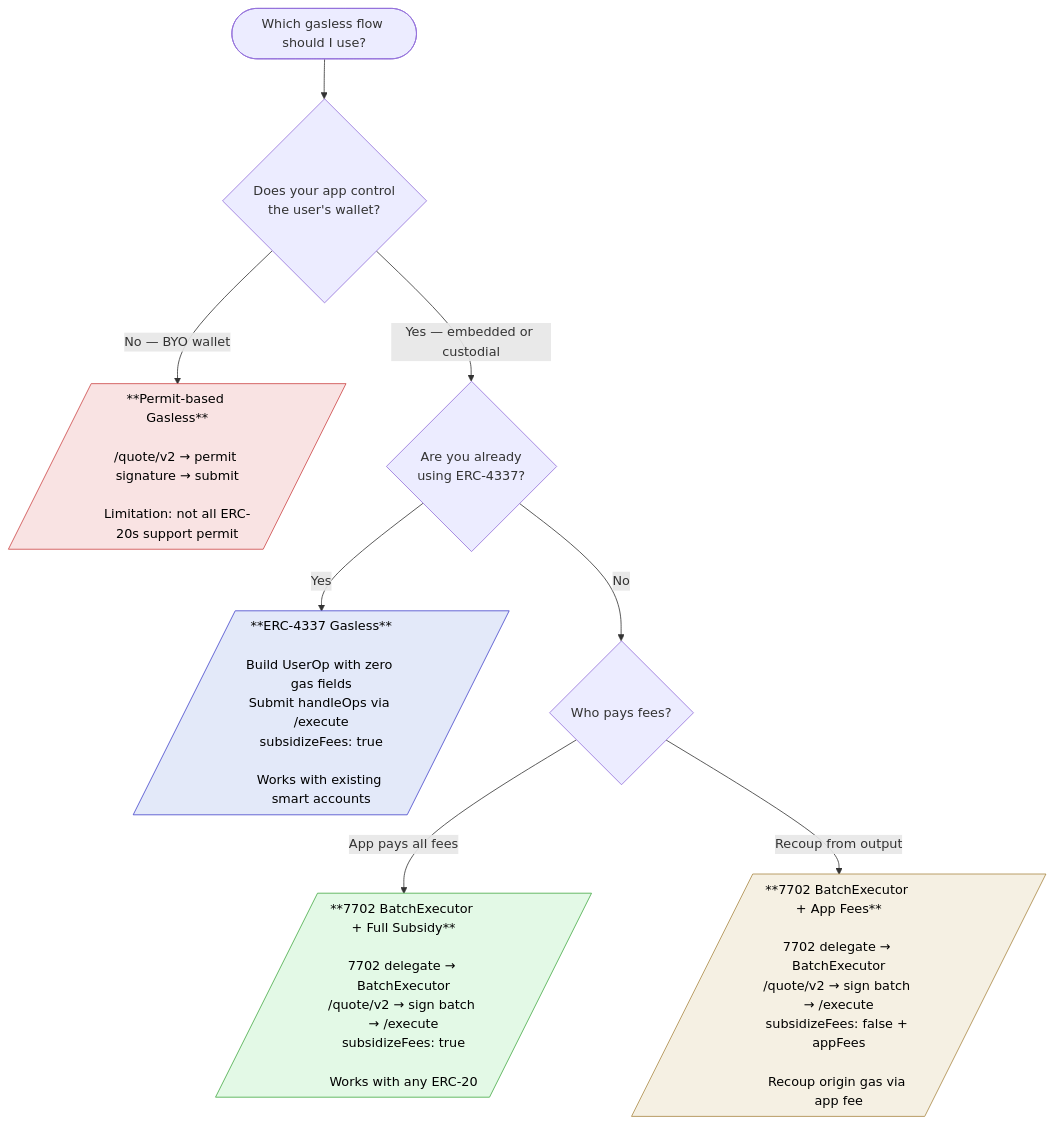
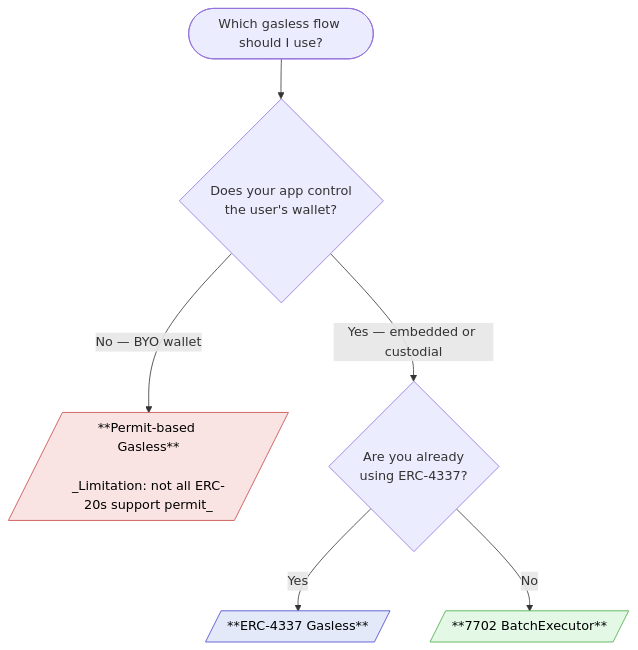
One commit to relayprotocol/relay-docs changed the diagram in features/gasless-swaps.mdx. Above: the diagram before and after it, drawn with Mermaid. The commit also changed other lines of this file, not shown here.

Commit message:
Update gasless docs

````diff
--- a/features/gasless-swaps.mdx
+++ b/features/gasless-swaps.mdx
@@ -10,34 +11,23 @@
 ```mermaid placement="top-right"
 flowchart TD
     Start([Which gasless flow should I use?]) --> WalletControl
-
     WalletControl{Does your app control<br/>the user's wallet?}
-
     WalletControl -->|No — BYO wallet| Permit
     WalletControl -->|Yes — embedded or custodial| Has4337
+    Has4337{Are you already<br/>using ERC-4337?}
+    Has4337 -->|Yes| Smart4337
+    Has4337 -->|No| BatchExecutor
 
-    Has4337{Are you already<br/>using ERC-4337?}
-
-    Has4337 -->|Yes| Smart4337
-    Has4337 -->|No| FeePayer
-
-    FeePayer{Who pays fees?}
-
-    FeePayer -->|App pays all fees| FullSubsidy
-    FeePayer -->|Recoup from output| AppFees
-
-    Permit[/"**Permit-based Gasless**<br/><br/>/quote/v2 → permit signature → submit<br/><br/>Limitation: not all ERC-20s support permit"/]
-    Smart4337[/"**ERC-4337 Gasless**<br/><br/>Build UserOp with zero gas fields<br/>Submit handleOps via /execute<br/>subsidizeFees: true<br/><br/>Works with existing smart accounts"/]
-    FullSubsidy[/"**7702 BatchExecutor + Full Subsidy**<br/><br/>7702 delegate → BatchExecutor<br/>/quote/v2 → sign batch → /execute<br/>subsidizeFees: true<br/><br/>Works with any ERC-20"/]
-    AppFees[/"**7702 BatchExecutor + App Fees**<br/><br/>7702 delegate → BatchExecutor<br/>/quote/v2 → sign batch → /execute<br/>subsidizeFees: false + appFees<br/><br/>Recoup origin gas via app fee"/]
+    Permit[/"**Permit-based Gasless**<br/><br/>_Limitation: not all ERC-20s support permit_"/]
+    Smart4337[/"**ERC-4337 Gasless**"/]
+    BatchExecutor[/"**7702 BatchExecutor**"/]
 
     click Permit "#permit-based-gasless" _blank
     click Smart4337 "#erc-4337-gasless" _blank
-    click FullSubsidy "#7702-batchexecutor" _blank
-    click AppFees "#7702-batchexecutor" _blank
+    click BatchExecutor "#7702-batchexecutor" _blank
 
     style Permit fill:#f9e3e3,stroke:#c44,color:#000
     style Smart4337 fill:#e3e9f9,stroke:#44c,color:#000
-    style FullSubsidy fill:#e3f9e6,stroke:#4a4,color:#000
-    style AppFees fill:#f5f0e3,stroke:#a84,color:#000
+    style BatchExecutor fill:#e3f9e6,stroke:#4a4,color:#000
+
   ```
````
